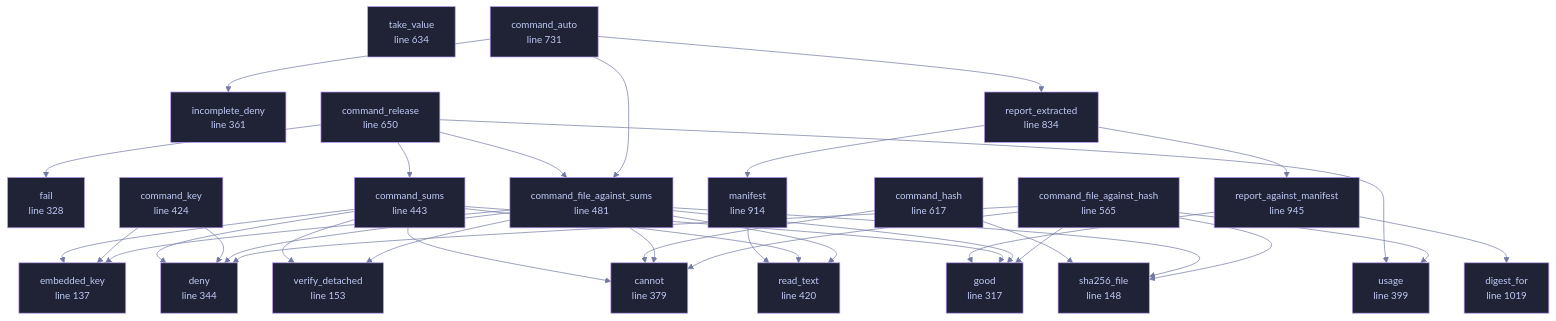
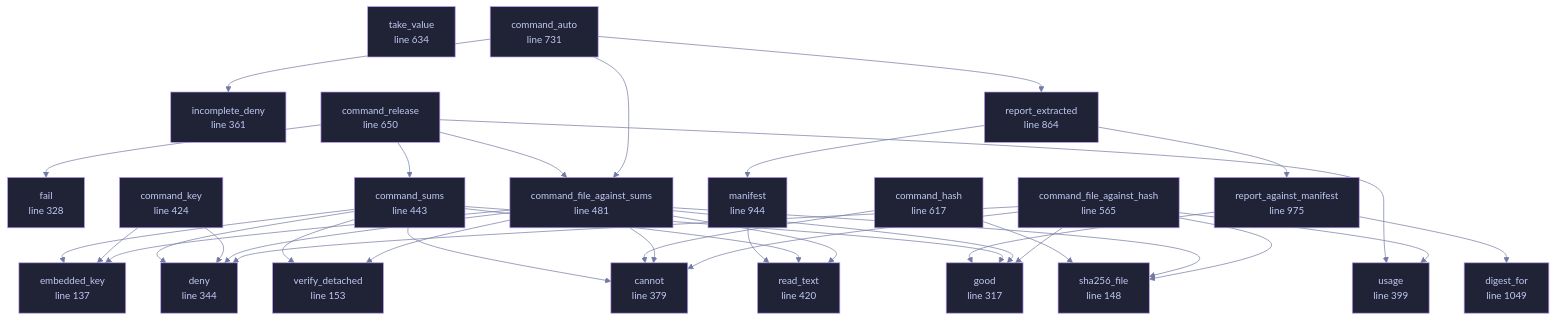
One commit to tilas01/veilvoice changed the diagram in wiki/File-veilvoice-verify-main.md. Above: the diagram before and after it, drawn with Mermaid. The commit also changed other lines of this file and 23 other files, not shown here.

````diff
--- a/wiki/File-veilvoice-verify-main.md
+++ b/wiki/File-veilvoice-verify-main.md
@@ -108,10 +108,10 @@
     n_take_value["take_value<br/>line 634"]
     n_command_release["command_release<br/>line 650"]
     n_command_auto["command_auto<br/>line 731"]
-    n_report_extracted["report_extracted<br/>line 834"]
-    n_manifest["manifest<br/>line 914"]
-    n_report_against_manifest["report_against_manifest<br/>line 945"]
-    n_digest_for["digest_for<br/>line 1019"]
+    n_report_extracted["report_extracted<br/>line 864"]
+    n_manifest["manifest<br/>line 944"]
+    n_report_against_manifest["report_against_manifest<br/>line 975"]
+    n_digest_for["digest_for<br/>line 1049"]
     n_command_auto --> n_command_file_against_sums
     n_command_auto --> n_incomplete_deny
     n_command_auto --> n_report_extracted
@@ -164,10 +164,10 @@
     click n_take_value href "https://github.com/tilas01/veilvoice/blob/main/crates/veilvoice-verify/src/main.rs#L634" "open the source"
     click n_command_release href "https://github.com/tilas01/veilvoice/blob/main/crates/veilvoice-verify/src/main.rs#L650" "open the source"
     click n_command_auto href "https://github.com/tilas01/veilvoice/blob/main/crates/veilvoice-verify/src/main.rs#L731" "open the source"
-    click n_report_extracted href "https://github.com/tilas01/veilvoice/blob/main/crates/veilvoice-verify/src/main.rs#L834" "open the source"
-    click n_manifest href "https://github.com/tilas01/veilvoice/blob/main/crates/veilvoice-verify/src/main.rs#L914" "open the source"
-    click n_report_against_manifest href "https://github.com/tilas01/veilvoice/blob/main/crates/veilvoice-verify/src/main.rs#L945" "open the source"
-    click n_digest_for href "https://github.com/tilas01/veilvoice/blob/main/crates/veilvoice-verify/src/main.rs#L1019" "open the source"
+    click n_report_extracted href "https://github.com/tilas01/veilvoice/blob/main/crates/veilvoice-verify/src/main.rs#L864" "open the source"
+    click n_manifest href "https://github.com/tilas01/veilvoice/blob/main/crates/veilvoice-verify/src/main.rs#L944" "open the source"
+    click n_report_against_manifest href "https://github.com/tilas01/veilvoice/blob/main/crates/veilvoice-verify/src/main.rs#L975" "open the source"
+    click n_digest_for href "https://github.com/tilas01/veilvoice/blob/main/crates/veilvoice-verify/src/main.rs#L1049" "open the source"
     classDef helper fill:#1f2335,stroke:#bb9af7,color:#c0caf5
     class n_embedded_key,n_sha256_file,n_verify_detached,n_good,n_fail,n_deny,n_incomplete_deny,n_cannot,n_usage,n_read_text,n_command_key,n_command_sums,n_command_file_against_sums,n_command_file_against_hash,n_command_hash,n_take_value,n_command_release,n_command_auto,n_report_extracted,n_manifest,n_report_against_manifest,n_digest_for helper
 ```
````
